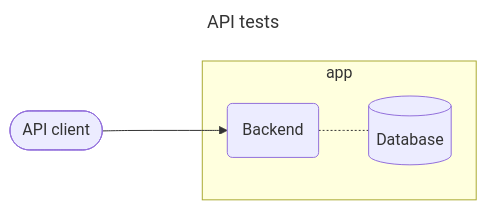
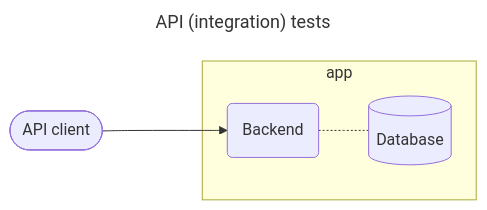
Before and after one commit to kiesraad/abacus: the fifth of 6 diagrams in documentatie/ontwikkelproces/testsoorten-en-testtooling.md, drawn with Mermaid. The commit also changed other lines of this file, not shown here.

````diff
--- a/documentatie/ontwikkelproces/testsoorten-en-testtooling.md
+++ b/documentatie/ontwikkelproces/testsoorten-en-testtooling.md
@@ -86,16 +106,16 @@
 ```mermaid
 ---
-title: API tests
+title: API (integration) tests
 ---
 flowchart LR
     be(Backend)
     db[(Database)]
 
     api-client([API client])
 
     api-client ---> be
 
     subgraph app
         be -.- db
     end
 ```
````
